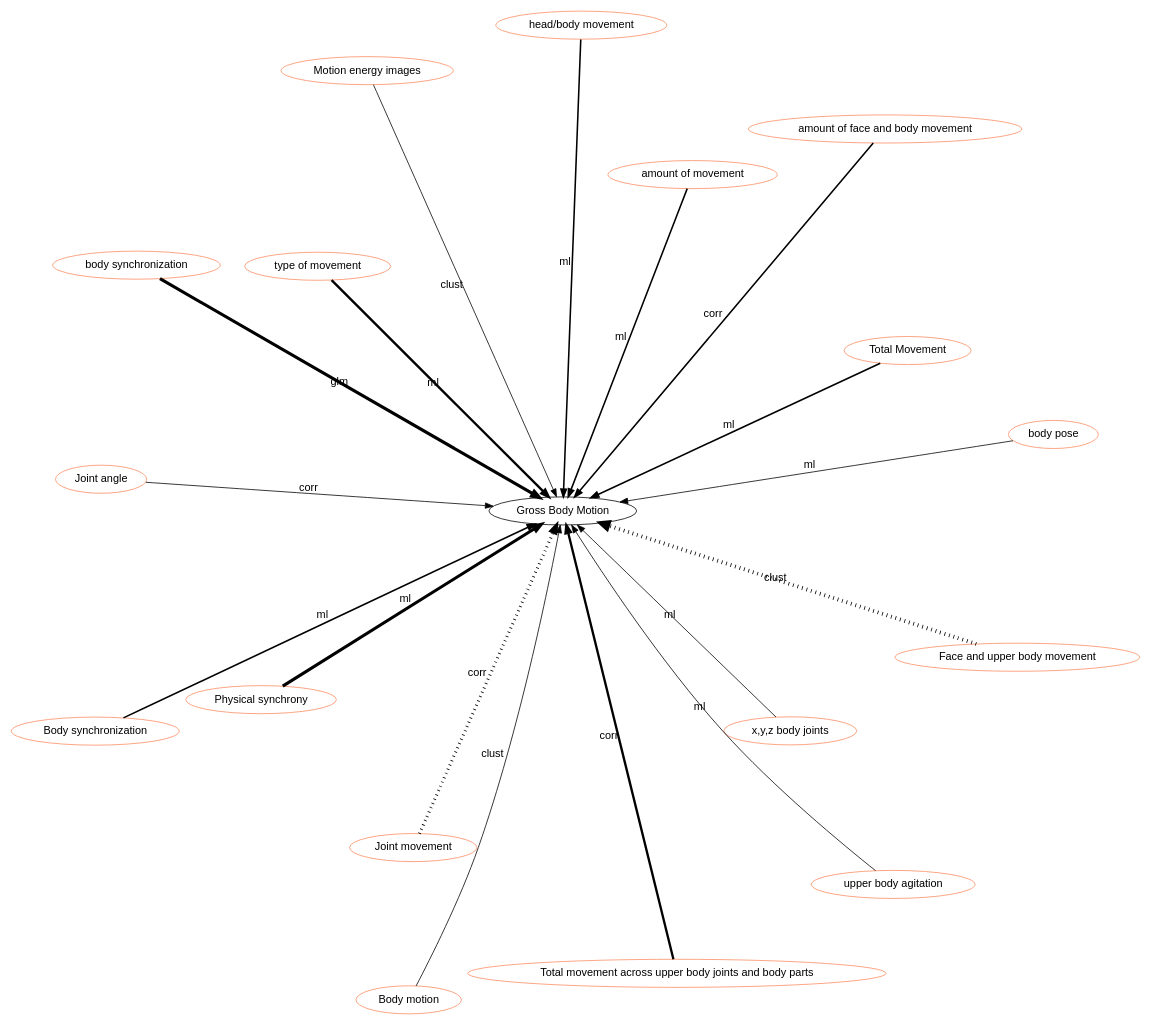
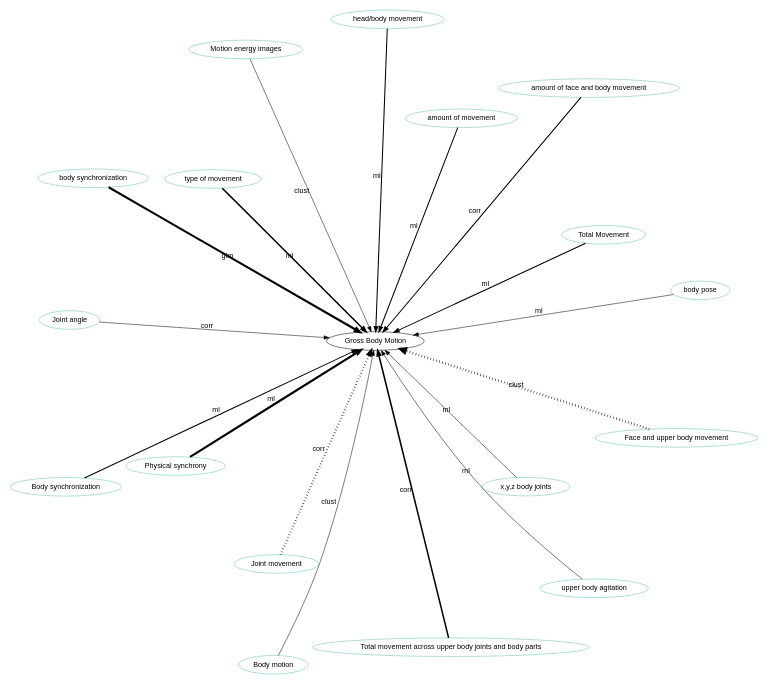
One commit to hgse-schneider/mmca changed the diagram in graphviz/Gross_Body_Motion.gv. Above: the diagram before and after it, drawn with Graphviz. The commit also changed 168 other files, not shown here.

First line of the commit message:
resized the graphs

```diff
--- a/graphviz/Gross_Body_Motion.gv
+++ b/graphviz/Gross_Body_Motion.gv
@@ -1,50 +1,50 @@
 digraph world {
-        size="15,15";
+        size="10,10";
         layout=neato
         graph [fontname = "helvetica"];
         node [fontname = "helvetica", colorscheme=set28];
         edge [fontname = "helvetica", colorscheme=set28];
 
 	"Gross Body Motion" [href="index.svg"];
-	"Total Movement" [href="https://scholar.google.com/scholar?hl=en&q=Expertise%20estimation%20based%20on%20simple%20multimodal%20features" target="_blank" , color="2"];
-	"Total Movement" [href="https://scholar.google.com/scholar?hl=en&q=Expertise%20estimation%20based%20on%20simple%20multimodal%20features" target="_blank" , color="2"];
-	"Body motion" [href="https://scholar.google.com/scholar?hl=en&q=Personality%20Trait%20Classification%20via%20Co-Occurrent%20Multiparty%20Multimodal%20Event%20Discovery" target="_blank" , color="2"];
-	"Motion energy images" [href="https://scholar.google.com/scholar?hl=en&q=Personality%20Trait%20Classification%20via%20Co-Occurrent%20Multiparty%20Multimodal%20Event%20Discovery" target="_blank" , color="2"];
-	"amount of movement" [href="https://scholar.google.com/scholar?hl=en&q=Unraveling%20Students'%20Interaction%20around%20a%20Tangible%20Interface%20Using%20Multimodal%20Learning%20Analytics." target="_blank" , color="2"];
-	"type of movement" [href="https://scholar.google.com/scholar?hl=en&q=Unraveling%20Students'%20Interaction%20around%20a%20Tangible%20Interface%20Using%20Multimodal%20Learning%20Analytics." target="_blank" , color="2"];
-	"type of movement" [href="https://scholar.google.com/scholar?hl=en&q=Unraveling%20Students'%20Interaction%20around%20a%20Tangible%20Interface%20Using%20Multimodal%20Learning%20Analytics." target="_blank" , color="2"];
-	"Body synchronization" [href="https://scholar.google.com/scholar?hl=en&q=Unraveling%20Students'%20Interaction%20around%20a%20Tangible%20Interface%20Using%20Multimodal%20Learning%20Analytics." target="_blank" , color="2"];
-	"amount of movement" [href="https://scholar.google.com/scholar?hl=en&q=Unraveling%20Students'%20Interaction%20around%20a%20Tangible%20Interface%20Using%20Multimodal%20Learning%20Analytics." target="_blank" , color="2"];
-	"type of movement" [href="https://scholar.google.com/scholar?hl=en&q=Unraveling%20Students'%20Interaction%20around%20a%20Tangible%20Interface%20Using%20Multimodal%20Learning%20Analytics." target="_blank" , color="2"];
-	"Body synchronization" [href="https://scholar.google.com/scholar?hl=en&q=Unraveling%20Students'%20Interaction%20around%20a%20Tangible%20Interface%20Using%20Multimodal%20Learning%20Analytics." target="_blank" , color="2"];
-	"Face and upper body movement" [href="https://scholar.google.com/scholar?hl=en&q=Modeling%20Team-level%20Multimodal%20Dynamics%20during%20Multiparty%20Collaboration" target="_blank" , color="2"];
-	"Face and upper body movement" [href="https://scholar.google.com/scholar?hl=en&q=Modeling%20Team-level%20Multimodal%20Dynamics%20during%20Multiparty%20Collaboration" target="_blank" , color="2"];
-	"Face and upper body movement" [href="https://scholar.google.com/scholar?hl=en&q=Modeling%20Team-level%20Multimodal%20Dynamics%20during%20Multiparty%20Collaboration" target="_blank" , color="2"];
-	"Face and upper body movement" [href="https://scholar.google.com/scholar?hl=en&q=Modeling%20Team-level%20Multimodal%20Dynamics%20during%20Multiparty%20Collaboration" target="_blank" , color="2"];
-	"Physical synchrony" [href="https://scholar.google.com/scholar?hl=en&q=Predicting%20the%20Quality%20of%20Collaborative%20Problem%20Solving%20Through%20Linguistic%20Analysis%20of%20Discourse" target="_blank" , color="2"];
-	"Physical synchrony" [href="https://scholar.google.com/scholar?hl=en&q=Predicting%20the%20Quality%20of%20Collaborative%20Problem%20Solving%20Through%20Linguistic%20Analysis%20of%20Discourse" target="_blank" , color="2"];
-	"Total movement across upper body joints and body parts" [href="https://scholar.google.com/scholar?hl=en&q=Toward%20Using%20Multi-Modal%20Learning%20Analytics%20to%20Support%20and%20Measure%20Collaboration%20in%20Co-Located%20Dyads" target="_blank" , color="2"];
-	"Joint movement" [href="https://scholar.google.com/scholar?hl=en&q=Exploring%20Collaboration%20Using%20Motion%20Sensors%20and%20Multi-Modal%20Learning%20Analytics" target="_blank" , color="2"];
-	"Joint movement" [href="https://scholar.google.com/scholar?hl=en&q=Exploring%20Collaboration%20Using%20Motion%20Sensors%20and%20Multi-Modal%20Learning%20Analytics" target="_blank" , color="2"];
-	"Joint angle" [href="https://scholar.google.com/scholar?hl=en&q=Exploring%20Collaboration%20Using%20Motion%20Sensors%20and%20Multi-Modal%20Learning%20Analytics" target="_blank" , color="2"];
-	"body pose" [href="https://scholar.google.com/scholar?hl=en&q=Real-time%20mutual%20gaze%20perception" target="_blank" , color="2"];
-	"amount of face and body movement" [href="https://scholar.google.com/scholar?hl=en&q=Focused%20or%20Stuck%20Together:%20Multimodal%20Patterns%20Reveal%20Triads’%20Performance%20in%20Collaborative%20Problem%20Solving" target="_blank" , color="2"];
-	"amount of face and body movement" [href="https://scholar.google.com/scholar?hl=en&q=Focused%20or%20Stuck%20Together:%20Multimodal%20Patterns%20Reveal%20Triads’%20Performance%20in%20Collaborative%20Problem%20Solving" target="_blank" , color="2"];
-	"head/body movement" [href="https://scholar.google.com/scholar?hl=en&q=Moving%20as%20a%20Leader:%20Detecting%20Emergent%20Leadership%20in%20Small%20Groups%20using%20Body%20Pose" target="_blank" , color="2"];
-	"head/body movement" [href="https://scholar.google.com/scholar?hl=en&q=Moving%20as%20a%20Leader:%20Detecting%20Emergent%20Leadership%20in%20Small%20Groups%20using%20Body%20Pose" target="_blank" , color="2"];
-	"x,y,z body joints" [href="https://scholar.google.com/scholar?hl=en&q=Machine%20learning%20classification%20of%20design%20team%20members’%20body%20language%20patterns%20for%20real%20time%20emotional%20state%20detection" target="_blank" , color="2"];
-	"upper body agitation" [href="https://scholar.google.com/scholar?hl=en&q=Multi-modal%20Social%20Signal%20Analysis%20for%20Predicting%20Agreement%20in%20Conversation%20Settings" target="_blank" , color="2"];
-	"body synchronization" [href="https://scholar.google.com/scholar?hl=en&q=Body%20synchrony%20in%20triadic%20interaction" target="_blank" , color="2"];
-	"body synchronization" [href="https://scholar.google.com/scholar?hl=en&q=Body%20synchrony%20in%20triadic%20interaction" target="_blank" , color="2"];
-	"body synchronization" [href="https://scholar.google.com/scholar?hl=en&q=Body%20synchrony%20in%20triadic%20interaction" target="_blank" , color="2"];
-	"body synchronization" [href="https://scholar.google.com/scholar?hl=en&q=Body%20synchrony%20in%20triadic%20interaction" target="_blank" , color="2"];
-	"Face and upper body movement" [href="https://scholar.google.com/scholar?hl=en&q=Modeling%20Team-level%20Multimodal%20Dynamics%20during%20Multiparty%20Collaboration" target="_blank" , color="2"];
-	"Physical synchrony" [href="https://scholar.google.com/scholar?hl=en&q=Predicting%20the%20Quality%20of%20Collaborative%20Problem%20Solving%20Through%20Linguistic%20Analysis%20of%20Discourse" target="_blank" , color="2"];
-	"Physical synchrony" [href="https://scholar.google.com/scholar?hl=en&q=Predicting%20the%20Quality%20of%20Collaborative%20Problem%20Solving%20Through%20Linguistic%20Analysis%20of%20Discourse" target="_blank" , color="2"];
-	"Total movement across upper body joints and body parts" [href="https://scholar.google.com/scholar?hl=en&q=Toward%20Using%20Multi-Modal%20Learning%20Analytics%20to%20Support%20and%20Measure%20Collaboration%20in%20Co-Located%20Dyads" target="_blank" , color="2"];
-	"Total movement across upper body joints and body parts" [href="https://scholar.google.com/scholar?hl=en&q=Toward%20Using%20Multi-Modal%20Learning%20Analytics%20to%20Support%20and%20Measure%20Collaboration%20in%20Co-Located%20Dyads" target="_blank" , color="2"];
-	"Joint movement" [href="https://scholar.google.com/scholar?hl=en&q=Exploring%20Collaboration%20Using%20Motion%20Sensors%20and%20Multi-Modal%20Learning%20Analytics" target="_blank" , color="2"];
-	"Joint movement" [href="https://scholar.google.com/scholar?hl=en&q=Exploring%20Collaboration%20Using%20Motion%20Sensors%20and%20Multi-Modal%20Learning%20Analytics" target="_blank" , color="2"];
+	"Total Movement" [href="https://scholar.google.com/scholar?hl=en&q=Expertise%20estimation%20based%20on%20simple%20multimodal%20features" target="_blank" , color="1"];
+	"Total Movement" [href="https://scholar.google.com/scholar?hl=en&q=Expertise%20estimation%20based%20on%20simple%20multimodal%20features" target="_blank" , color="1"];
+	"Body motion" [href="https://scholar.google.com/scholar?hl=en&q=Personality%20Trait%20Classification%20via%20Co-Occurrent%20Multiparty%20Multimodal%20Event%20Discovery" target="_blank" , color="1"];
+	"Motion energy images" [href="https://scholar.google.com/scholar?hl=en&q=Personality%20Trait%20Classification%20via%20Co-Occurrent%20Multiparty%20Multimodal%20Event%20Discovery" target="_blank" , color="1"];
+	"amount of movement" [href="https://scholar.google.com/scholar?hl=en&q=Unraveling%20Students'%20Interaction%20around%20a%20Tangible%20Interface%20Using%20Multimodal%20Learning%20Analytics." target="_blank" , color="1"];
+	"type of movement" [href="https://scholar.google.com/scholar?hl=en&q=Unraveling%20Students'%20Interaction%20around%20a%20Tangible%20Interface%20Using%20Multimodal%20Learning%20Analytics." target="_blank" , color="1"];
+	"type of movement" [href="https://scholar.google.com/scholar?hl=en&q=Unraveling%20Students'%20Interaction%20around%20a%20Tangible%20Interface%20Using%20Multimodal%20Learning%20Analytics." target="_blank" , color="1"];
+	"Body synchronization" [href="https://scholar.google.com/scholar?hl=en&q=Unraveling%20Students'%20Interaction%20around%20a%20Tangible%20Interface%20Using%20Multimodal%20Learning%20Analytics." target="_blank" , color="1"];
+	"amount of movement" [href="https://scholar.google.com/scholar?hl=en&q=Unraveling%20Students'%20Interaction%20around%20a%20Tangible%20Interface%20Using%20Multimodal%20Learning%20Analytics." target="_blank" , color="1"];
+	"type of movement" [href="https://scholar.google.com/scholar?hl=en&q=Unraveling%20Students'%20Interaction%20around%20a%20Tangible%20Interface%20Using%20Multimodal%20Learning%20Analytics." target="_blank" , color="1"];
+	"Body synchronization" [href="https://scholar.google.com/scholar?hl=en&q=Unraveling%20Students'%20Interaction%20around%20a%20Tangible%20Interface%20Using%20Multimodal%20Learning%20Analytics." target="_blank" , color="1"];
+	"Face and upper body movement" [href="https://scholar.google.com/scholar?hl=en&q=Modeling%20Team-level%20Multimodal%20Dynamics%20during%20Multiparty%20Collaboration" target="_blank" , color="1"];
+	"Face and upper body movement" [href="https://scholar.google.com/scholar?hl=en&q=Modeling%20Team-level%20Multimodal%20Dynamics%20during%20Multiparty%20Collaboration" target="_blank" , color="1"];
+	"Face and upper body movement" [href="https://scholar.google.com/scholar?hl=en&q=Modeling%20Team-level%20Multimodal%20Dynamics%20during%20Multiparty%20Collaboration" target="_blank" , color="1"];
+	"Face and upper body movement" [href="https://scholar.google.com/scholar?hl=en&q=Modeling%20Team-level%20Multimodal%20Dynamics%20during%20Multiparty%20Collaboration" target="_blank" , color="1"];
+	"Physical synchrony" [href="https://scholar.google.com/scholar?hl=en&q=Predicting%20the%20Quality%20of%20Collaborative%20Problem%20Solving%20Through%20Linguistic%20Analysis%20of%20Discourse" target="_blank" , color="1"];
+	"Physical synchrony" [href="https://scholar.google.com/scholar?hl=en&q=Predicting%20the%20Quality%20of%20Collaborative%20Problem%20Solving%20Through%20Linguistic%20Analysis%20of%20Discourse" target="_blank" , color="1"];
+	"Total movement across upper body joints and body parts" [href="https://scholar.google.com/scholar?hl=en&q=Toward%20Using%20Multi-Modal%20Learning%20Analytics%20to%20Support%20and%20Measure%20Collaboration%20in%20Co-Located%20Dyads" target="_blank" , color="1"];
+	"Joint movement" [href="https://scholar.google.com/scholar?hl=en&q=Exploring%20Collaboration%20Using%20Motion%20Sensors%20and%20Multi-Modal%20Learning%20Analytics" target="_blank" , color="1"];
+	"Joint movement" [href="https://scholar.google.com/scholar?hl=en&q=Exploring%20Collaboration%20Using%20Motion%20Sensors%20and%20Multi-Modal%20Learning%20Analytics" target="_blank" , color="1"];
+	"Joint angle" [href="https://scholar.google.com/scholar?hl=en&q=Exploring%20Collaboration%20Using%20Motion%20Sensors%20and%20Multi-Modal%20Learning%20Analytics" target="_blank" , color="1"];
+	"body pose" [href="https://scholar.google.com/scholar?hl=en&q=Real-time%20mutual%20gaze%20perception" target="_blank" , color="1"];
+	"amount of face and body movement" [href="https://scholar.google.com/scholar?hl=en&q=Focused%20or%20Stuck%20Together:%20Multimodal%20Patterns%20Reveal%20Triads’%20Performance%20in%20Collaborative%20Problem%20Solving" target="_blank" , color="1"];
+	"amount of face and body movement" [href="https://scholar.google.com/scholar?hl=en&q=Focused%20or%20Stuck%20Together:%20Multimodal%20Patterns%20Reveal%20Triads’%20Performance%20in%20Collaborative%20Problem%20Solving" target="_blank" , color="1"];
+	"head/body movement" [href="https://scholar.google.com/scholar?hl=en&q=Moving%20as%20a%20Leader:%20Detecting%20Emergent%20Leadership%20in%20Small%20Groups%20using%20Body%20Pose" target="_blank" , color="1"];
+	"head/body movement" [href="https://scholar.google.com/scholar?hl=en&q=Moving%20as%20a%20Leader:%20Detecting%20Emergent%20Leadership%20in%20Small%20Groups%20using%20Body%20Pose" target="_blank" , color="1"];
+	"x,y,z body joints" [href="https://scholar.google.com/scholar?hl=en&q=Machine%20learning%20classification%20of%20design%20team%20members’%20body%20language%20patterns%20for%20real%20time%20emotional%20state%20detection" target="_blank" , color="1"];
+	"upper body agitation" [href="https://scholar.google.com/scholar?hl=en&q=Multi-modal%20Social%20Signal%20Analysis%20for%20Predicting%20Agreement%20in%20Conversation%20Settings" target="_blank" , color="1"];
+	"body synchronization" [href="https://scholar.google.com/scholar?hl=en&q=Body%20synchrony%20in%20triadic%20interaction" target="_blank" , color="1"];
+	"body synchronization" [href="https://scholar.google.com/scholar?hl=en&q=Body%20synchrony%20in%20triadic%20interaction" target="_blank" , color="1"];
+	"body synchronization" [href="https://scholar.google.com/scholar?hl=en&q=Body%20synchrony%20in%20triadic%20interaction" target="_blank" , color="1"];
+	"body synchronization" [href="https://scholar.google.com/scholar?hl=en&q=Body%20synchrony%20in%20triadic%20interaction" target="_blank" , color="1"];
+	"Face and upper body movement" [href="https://scholar.google.com/scholar?hl=en&q=Modeling%20Team-level%20Multimodal%20Dynamics%20during%20Multiparty%20Collaboration" target="_blank" , color="1"];
+	"Physical synchrony" [href="https://scholar.google.com/scholar?hl=en&q=Predicting%20the%20Quality%20of%20Collaborative%20Problem%20Solving%20Through%20Linguistic%20Analysis%20of%20Discourse" target="_blank" , color="1"];
+	"Physical synchrony" [href="https://scholar.google.com/scholar?hl=en&q=Predicting%20the%20Quality%20of%20Collaborative%20Problem%20Solving%20Through%20Linguistic%20Analysis%20of%20Discourse" target="_blank" , color="1"];
+	"Total movement across upper body joints and body parts" [href="https://scholar.google.com/scholar?hl=en&q=Toward%20Using%20Multi-Modal%20Learning%20Analytics%20to%20Support%20and%20Measure%20Collaboration%20in%20Co-Located%20Dyads" target="_blank" , color="1"];
+	"Total movement across upper body joints and body parts" [href="https://scholar.google.com/scholar?hl=en&q=Toward%20Using%20Multi-Modal%20Learning%20Analytics%20to%20Support%20and%20Measure%20Collaboration%20in%20Co-Located%20Dyads" target="_blank" , color="1"];
+	"Joint movement" [href="https://scholar.google.com/scholar?hl=en&q=Exploring%20Collaboration%20Using%20Motion%20Sensors%20and%20Multi-Modal%20Learning%20Analytics" target="_blank" , color="1"];
+	"Joint movement" [href="https://scholar.google.com/scholar?hl=en&q=Exploring%20Collaboration%20Using%20Motion%20Sensors%20and%20Multi-Modal%20Learning%20Analytics" target="_blank" , color="1"];
 	"Total Movement" -> "Gross Body Motion" [label="ml", labeltooltip=2, style="solid", penwidth=2];
 	"Body motion" -> "Gross Body Motion" [label="clust", labeltooltip=1, style="solid", penwidth=1];
 	"Motion energy images" -> "Gross Body Motion" [label="clust", labeltooltip=1, style="solid", penwidth=1];
```
